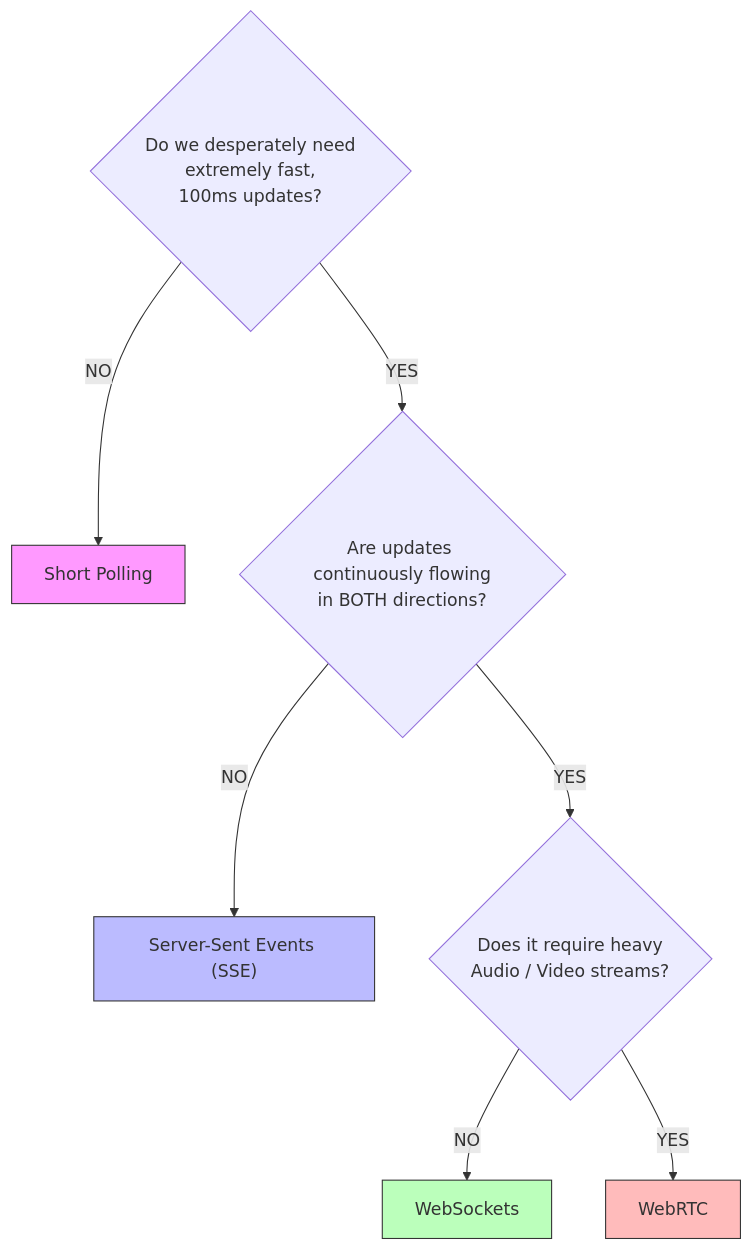
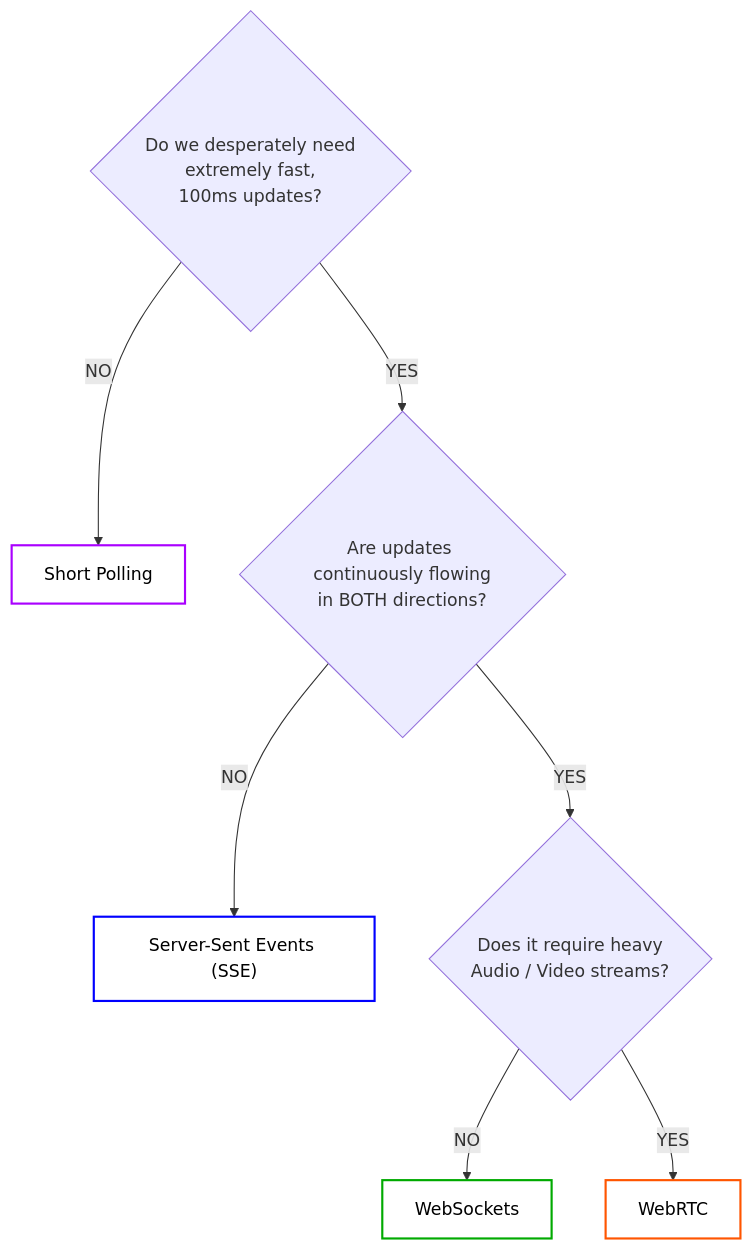
One commit to MohdMusaiyab/system-design changed the first of 2 diagrams in Real_Time_Backend/13_Real_Time_Tradeoffs.md. Above: the diagram before and after it, drawn with Mermaid. The commit also changed other lines of this file and 8 other files, not shown here.

````diff
--- a/Real_Time_Backend/13_Real_Time_Tradeoffs.md
+++ b/Real_Time_Backend/13_Real_Time_Tradeoffs.md
@@ -45,17 +45,17 @@
 ```mermaid
 flowchart TD
     Q1{"Do we desperately need<br>extremely fast,<br>100ms updates?"}
     Q1 -- NO --> P["Short Polling"]
     Q1 -- YES --> Q2{"Are updates continuously flowing<br>in BOTH directions?"}
     
     Q2 -- NO --> SSE["Server-Sent Events (SSE)"]
     Q2 -- YES --> Q3{"Does it require heavy<br>Audio / Video streams?"}
     
     Q3 -- NO --> WS["WebSockets"]
     Q3 -- YES --> RTC["WebRTC"]
     
-    style P fill:#f9f,stroke:#333
-    style SSE fill:#bbf,stroke:#333
-    style WS fill:#bfb,stroke:#333
-    style RTC fill:#fbb,stroke:#333
+    style P fill:#ffffff,stroke:#aa00ff,color:#000000,stroke-width:2px
+    style SSE fill:#ffffff,stroke:#0000ff,color:#000000,stroke-width:2px
+    style WS fill:#ffffff,stroke:#00aa00,color:#000000,stroke-width:2px
+    style RTC fill:#ffffff,stroke:#ff5500,color:#000000,stroke-width:2px
 ```
````
